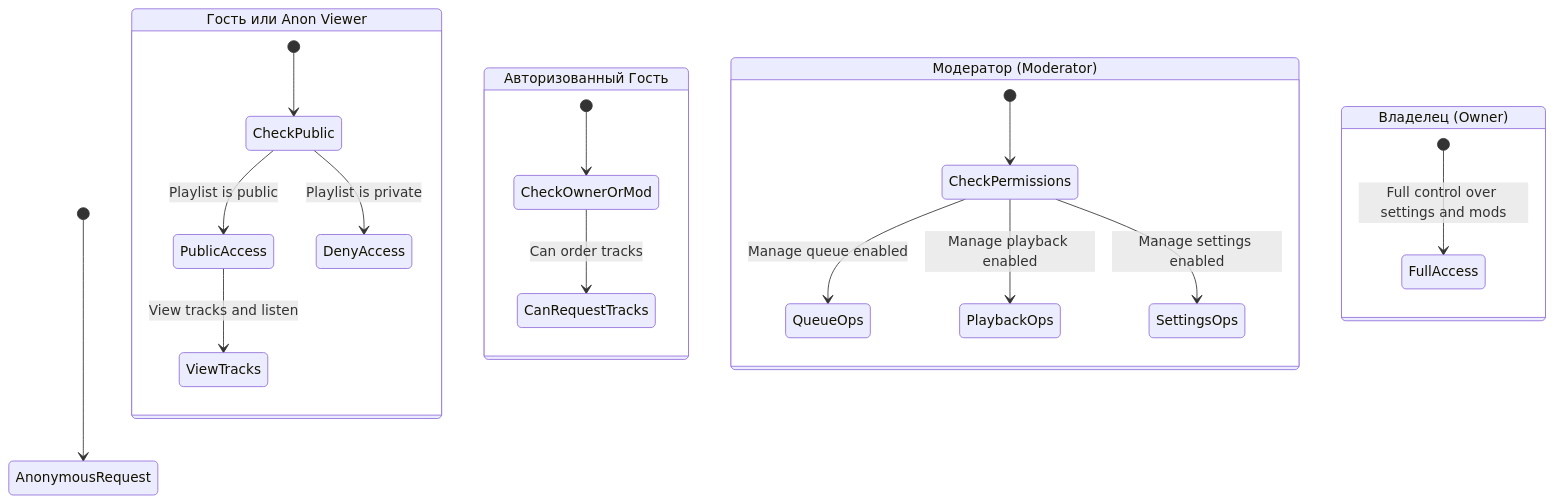
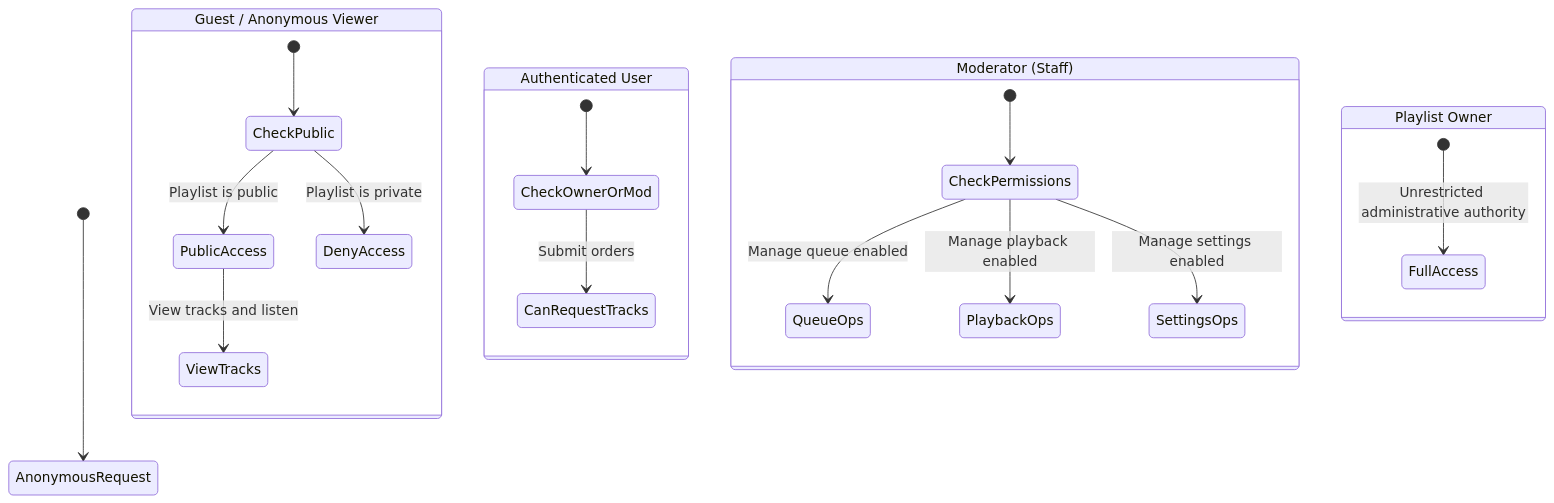
The fourth of 4 diagrams in docs/core/playlists.md (DustGalaxy/openplaylist-mono), drawn with Mermaid before and after one commit. The commit also changed other lines of this file and 21 other files, not shown here.

Commit message:
docs: translate technical architecture and component guides to English

````diff
--- a/docs/core/playlists.md
+++ b/docs/core/playlists.md
@@ -150,27 +150,27 @@
 ```mermaid
 stateDiagram-v2
     [*] --> AnonymousRequest
 
-    state "Гость или Anon Viewer" as Anon {
+    state "Guest / Anonymous Viewer" as Anon {
         [*] --> CheckPublic
         CheckPublic --> PublicAccess: Playlist is public
         PublicAccess --> ViewTracks: View tracks and listen
         CheckPublic --> DenyAccess: Playlist is private
     }
 
-    state "Авторизованный Гость" as AuthGuest {
+    state "Authenticated User" as AuthGuest {
         [*] --> CheckOwnerOrMod
-        CheckOwnerOrMod --> CanRequestTracks: Can order tracks
+        CheckOwnerOrMod --> CanRequestTracks: Submit orders
     }
 
-    state "Модератор (Moderator)" as Mod {
+    state "Moderator (Staff)" as Mod {
         [*] --> CheckPermissions
         CheckPermissions --> QueueOps: Manage queue enabled
         CheckPermissions --> PlaybackOps: Manage playback enabled
         CheckPermissions --> SettingsOps: Manage settings enabled
     }
 
-    state "Владелец (Owner)" as Owner {
-        [*] --> FullAccess: Full control over settings and mods
+    state "Playlist Owner" as Owner {
+        [*] --> FullAccess: Unrestricted administrative authority
     }
 ```
````
